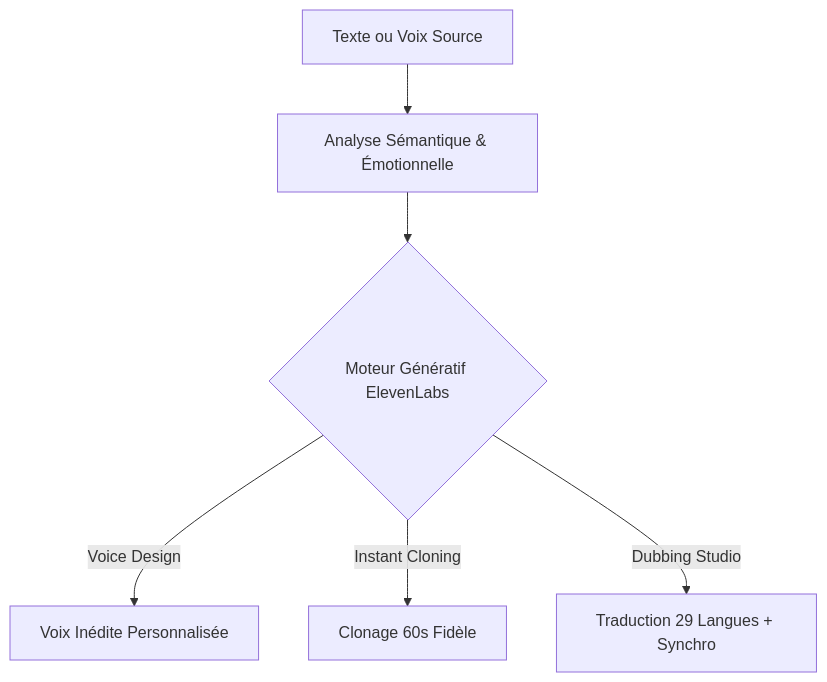
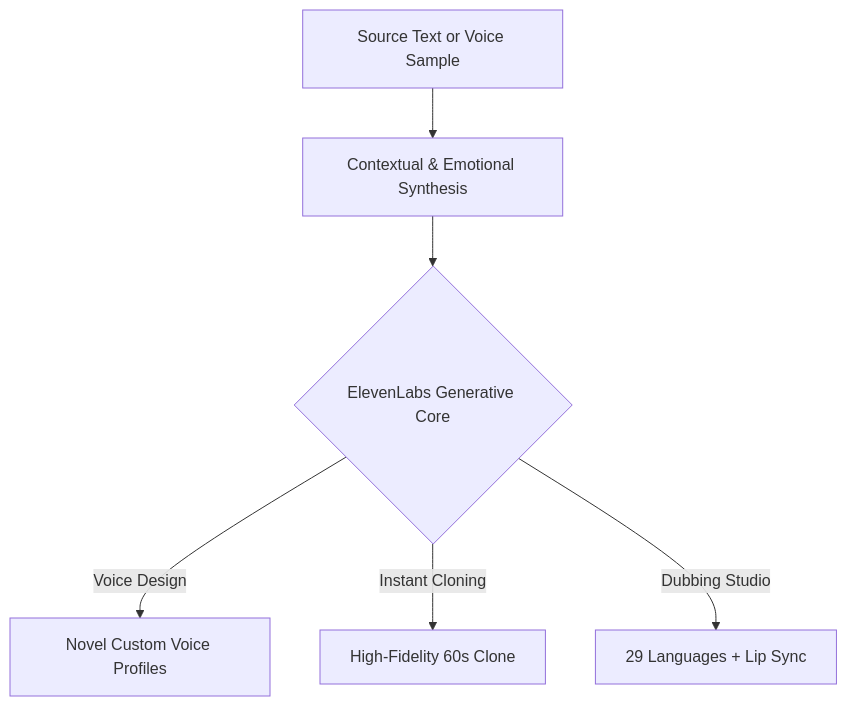
The diagram in site/src/content/blog/elevenlabs-ia-voix-revolution.md (heliatech-media/saas-radar), drawn with Mermaid before and after one commit. The commit also changed other lines of this file and 9 other files, not shown here.

````diff
--- a/site/src/content/blog/elevenlabs-ia-voix-revolution.md
+++ b/site/src/content/blog/elevenlabs-ia-voix-revolution.md
@@ -39,8 +39,8 @@
 ```mermaid
 flowchart TD
-    A[Texte ou Voix Source] --> B[Analyse Sémantique & Émotionnelle]
-    B --> C{Moteur Génératif ElevenLabs}
-    C -->|Voice Design| D[Voix Inédite Personnalisée]
-    C -->|Instant Cloning| E[Clonage 60s Fidèle]
-    C -->|Dubbing Studio| F[Traduction 29 Langues + Synchro]
+    A[Source Text or Voice Sample] --> B[Contextual & Emotional Synthesis]
+    B --> C{ElevenLabs Generative Core}
+    C -->|Voice Design| D[Novel Custom Voice Profiles]
+    C -->|Instant Cloning| E[High-Fidelity 60s Clone]
+    C -->|Dubbing Studio| F[29 Languages + Lip Sync]
 ```
````
